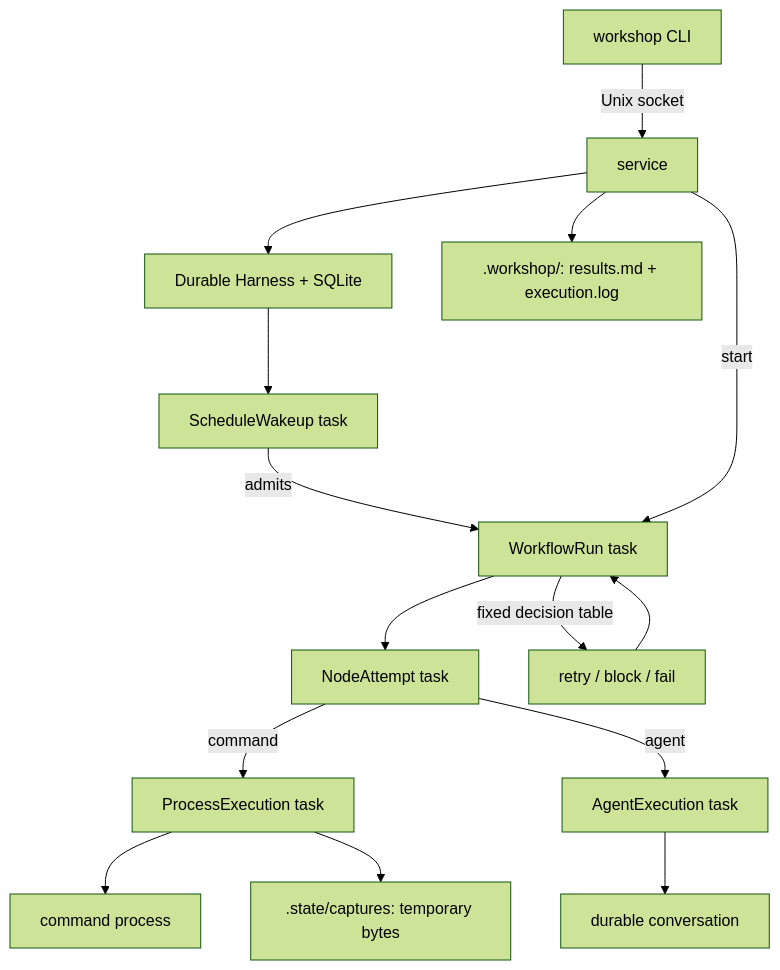
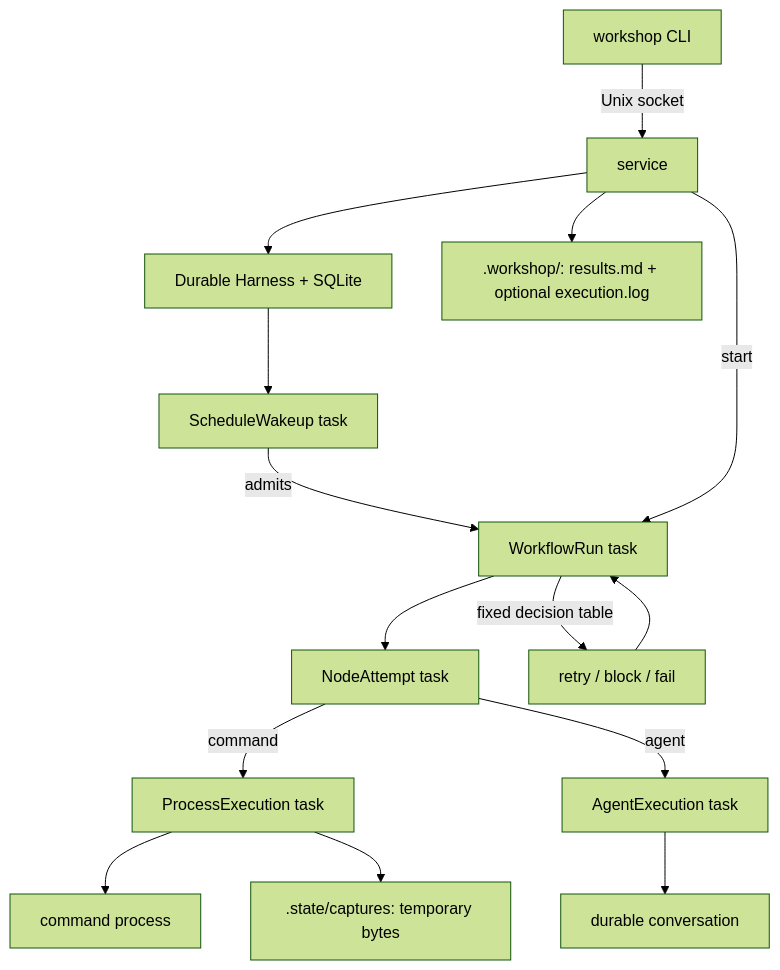
The diagram in CONTRIBUTING.md (kaushikgopal/workshop), drawn with Mermaid (forest theme) before and after one commit. The commit also changed other lines of this file and 10 other files, not shown here.

First line of the commit message:
Make execution log optional

````diff
--- a/CONTRIBUTING.md
+++ b/CONTRIBUTING.md
@@ -113,17 +113,17 @@
 ```mermaid
 flowchart TD
   CLI[workshop CLI] -->|Unix socket| SVC[service]
   SVC --> H[Durable Harness + SQLite]
   H --> SCH[ScheduleWakeup task]
   SCH -->|admits| WR[WorkflowRun task]
   SVC -->|start| WR
   WR --> NA[NodeAttempt task]
   NA -->|command| PE[ProcessExecution task]
   PE --> P[command process]
   NA -->|agent| AE[AgentExecution task]
   AE --> C[durable conversation]
   WR -->|fixed decision table| D[retry / block / fail]
   D --> WR
   PE --> V[.state/captures: temporary bytes]
-  SVC --> RF[.workshop/<workflow>: results.md + execution.log]
+  SVC --> RF[.workshop/<workflow>: results.md + optional execution.log]
 ```
````
